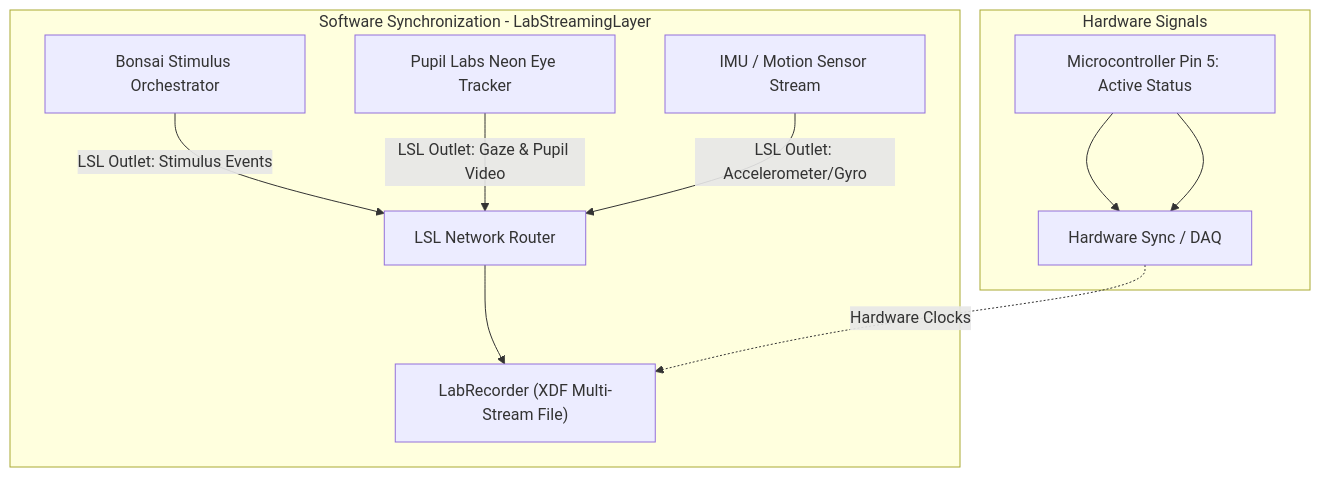
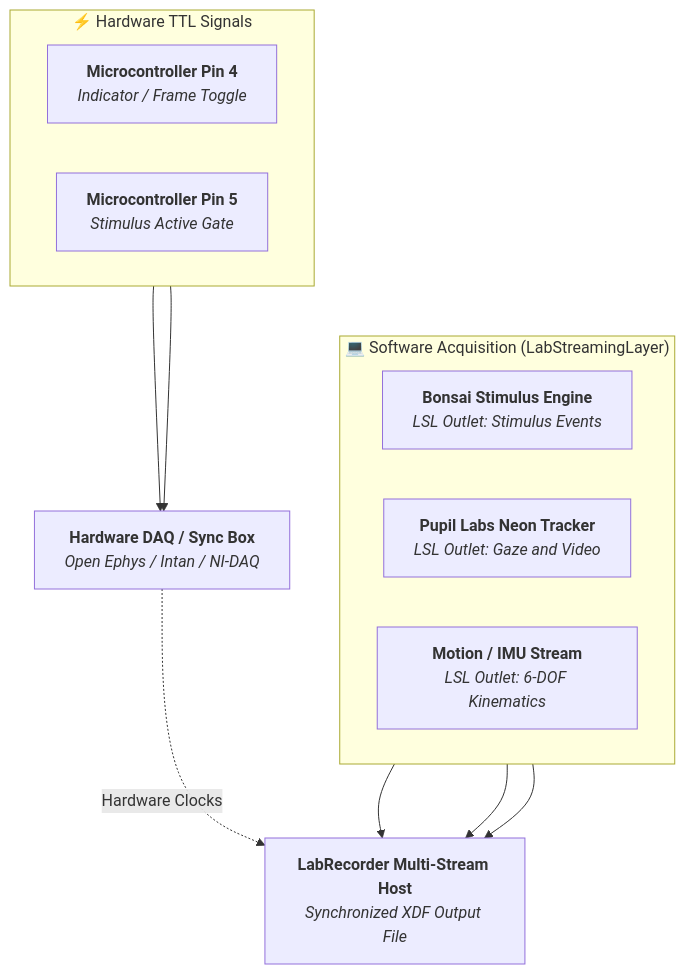
The diagram in docs/4-experimental-workflows/integration-and-sync.md (SaleemLab/LEDStimulation), drawn with Mermaid before and after one commit. The commit also changed 25 other files, not shown here.

````diff
--- a/docs/4-experimental-workflows/integration-and-sync.md
+++ b/docs/4-experimental-workflows/integration-and-sync.md
@@ -12,17 +12,25 @@
 ```mermaid
-graph TD
-    subgraph Hardware Signals
-        MCU[Microcontroller Pin 4: Indicator Pin] --> SyncBox[Hardware Sync / DAQ]
-        MCU[Microcontroller Pin 5: Active Status] --> SyncBox
+flowchart TD
+    subgraph Hardware["⚡ Hardware TTL Signals"]
+        direction LR
+        MCU_P4["<b>Microcontroller Pin 4</b><br/><i>Indicator / Frame Toggle</i>"]
+        MCU_P5["<b>Microcontroller Pin 5</b><br/><i>Stimulus Active Gate</i>"]
     end
 
-    subgraph Software Synchronization - LabStreamingLayer
-        Bonsai[Bonsai Stimulus Orchestrator] -- LSL Outlet: Stimulus Events --> LSL_Router[LSL Network Router]
-        Neon[Pupil Labs Neon Eye Tracker] -- LSL Outlet: Gaze & Pupil Video --> LSL_Router
-        IMU[IMU / Motion Sensor Stream] -- LSL Outlet: Accelerometer/Gyro --> LSL_Router
-        
-        LSL_Router --> LabRecorder["LabRecorder (XDF Multi-Stream File)"]
+    subgraph Software["💻 Software Acquisition (LabStreamingLayer)"]
+        direction LR
+        Bonsai["<b>Bonsai Stimulus Engine</b><br/><i>LSL Outlet: Stimulus Events</i>"]
+        Neon["<b>Pupil Labs Neon Tracker</b><br/><i>LSL Outlet: Gaze and Video</i>"]
+        IMU["<b>Motion / IMU Stream</b><br/><i>LSL Outlet: 6-DOF Kinematics</i>"]
     end
-    
-    SyncBox -. Hardware Clocks .-> LabRecorder
+
+    SyncBox["<b>Hardware DAQ / Sync Box</b><br/><i>Open Ephys / Intan / NI-DAQ</i>"]
+    LabRecorder["<b>LabRecorder Multi-Stream Host</b><br/><i>Synchronized XDF Output File</i>"]
+
+    MCU_P4 --> SyncBox
+    MCU_P5 --> SyncBox
+    Bonsai --> LabRecorder
+    Neon --> LabRecorder
+    IMU --> LabRecorder
+    SyncBox -.->|Hardware Clocks| LabRecorder
 ```
````
